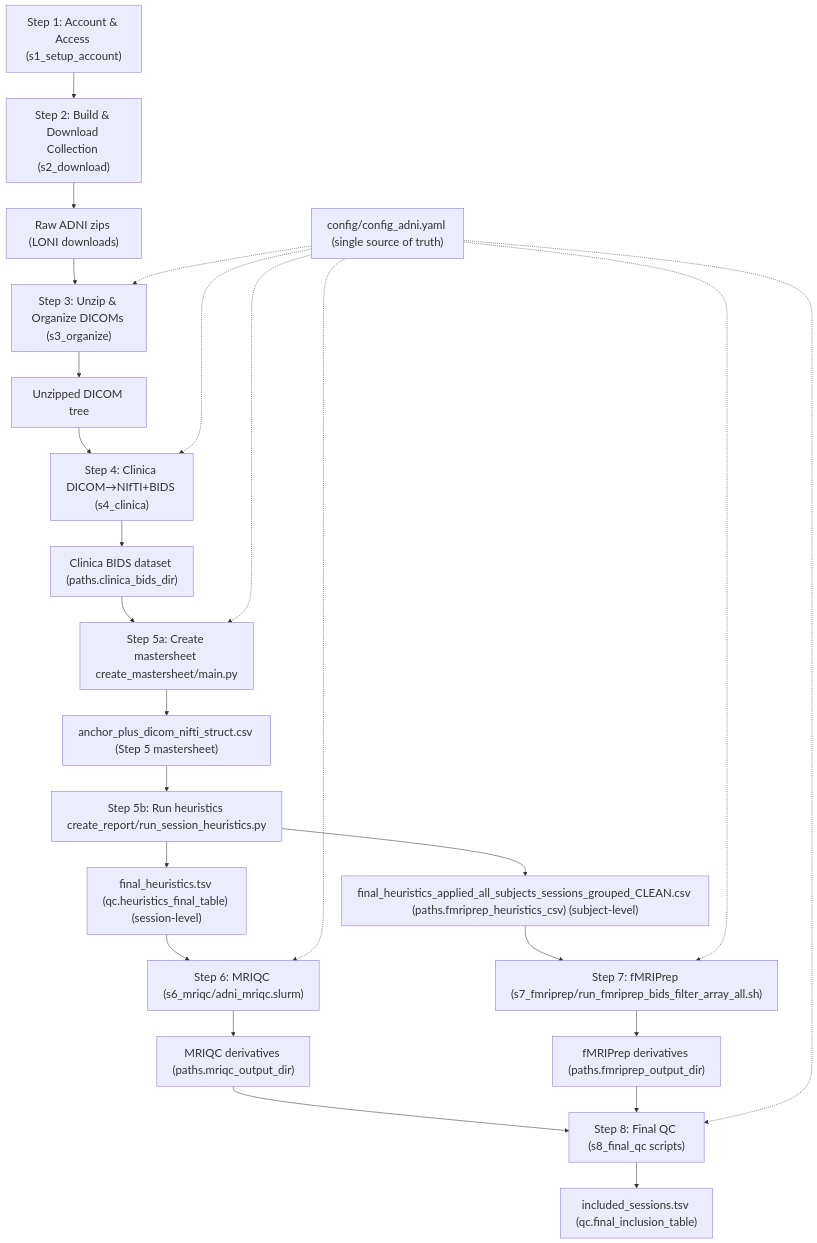
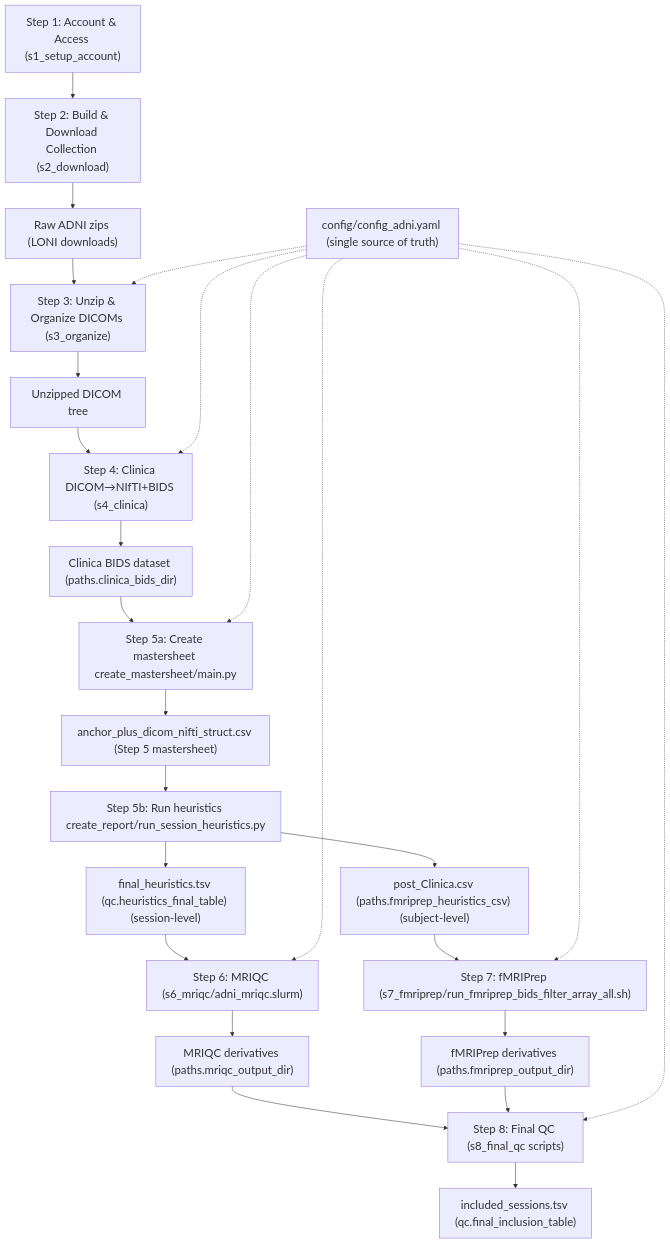
One commit to statMINDlab/ADNI_fMRI_protocol changed the diagram in README.md. Above: the diagram before and after it, drawn with Mermaid. The commit also changed other lines of this file and 9 other files, not shown here.

````diff
--- a/README.md
+++ b/README.md
@@ -39,60 +33,60 @@
 ```mermaid
 %%{init: {'themeVariables': { 'fontSize': '22px' }}}%%
 flowchart TB
   %% Config and global inputs
   CFG["config/config_adni.yaml (single source of truth)"]
   RAW_ZIPS["Raw ADNI zips (LONI downloads)"]
 
   %% Steps 1-2: access and download
   S1["Step 1: Account & Access (s1_setup_account)"]
   S2["Step 2: Build & Download Collection (s2_download)"]
 
   %% Step 3: organize DICOMs
   S3["Step 3: Unzip & Organize DICOMs (s3_organize)"]
 
   %% Step 4: Clinica
   S4["Step 4: Clinica DICOM→NIfTI+BIDS (s4_clinica)"]
 
   %% Step 5: Post-Clinica QC (mastersheet + heuristics)
   S5a["Step 5a: Create mastersheet create_mastersheet/main.py"]
   S5b["Step 5b: Run heuristics create_report/run_session_heuristics.py"]
 
   %% Step 6-7: MRIQC and fMRIPrep
   S6["Step 6: MRIQC (s6_mriqc/adni_mriqc.slurm)"]
   S7["Step 7: fMRIPrep (s7_fmriprep/run_fmriprep_bids_filter_array_all.sh)"]
 
   %% Step 8: Final QC
   S8["Step 8: Final QC (s8_final_qc scripts)"]
 
   %% Data nodes
   RAW_DICOM["Unzipped DICOM tree"]
   BIDS["Clinica BIDS dataset (paths.clinica_bids_dir)"]
   ANCHOR["anchor_plus_dicom_nifti_struct.csv (Step 5 mastersheet)"]
   HEUR_SESS["final_heuristics.tsv (qc.heuristics_final_table) (session-level)"]
-  HEUR_SUBJ["final_heuristics_applied_all_subjects_sessions_grouped_CLEAN.csv (paths.fmriprep_heuristics_csv) (subject-level)"]
+  HEUR_SUBJ["post_Clinica.csv (paths.fmriprep_heuristics_csv) (subject-level)"]
   MRIQC_DERIV["MRIQC derivatives (paths.mriqc_output_dir)"]
   FMRIPREP_DERIV["fMRIPrep derivatives (paths.fmriprep_output_dir)"]
   FINAL_INCLUDED["included_sessions.tsv (qc.final_inclusion_table)"]
 
   %% High-level step flow
   S1 --> S2
   S2 --> RAW_ZIPS
   RAW_ZIPS --> S3 --> RAW_DICOM
   RAW_DICOM --> S4 --> BIDS
   BIDS --> S5a --> ANCHOR
   ANCHOR --> S5b
   S5b --> HEUR_SESS
   S5b --> HEUR_SUBJ
   HEUR_SESS --> S6 --> MRIQC_DERIV
   HEUR_SUBJ --> S7 --> FMRIPREP_DERIV
   MRIQC_DERIV --> S8
   FMRIPREP_DERIV --> S8 --> FINAL_INCLUDED
 
   %% Config-driven edges (dashed, unlabeled for clarity)
   CFG -.-> S3
   CFG -.-> S4
   CFG -.-> S5a
   CFG -.-> S6
   CFG -.-> S7
   CFG -.-> S8
 ```
````
